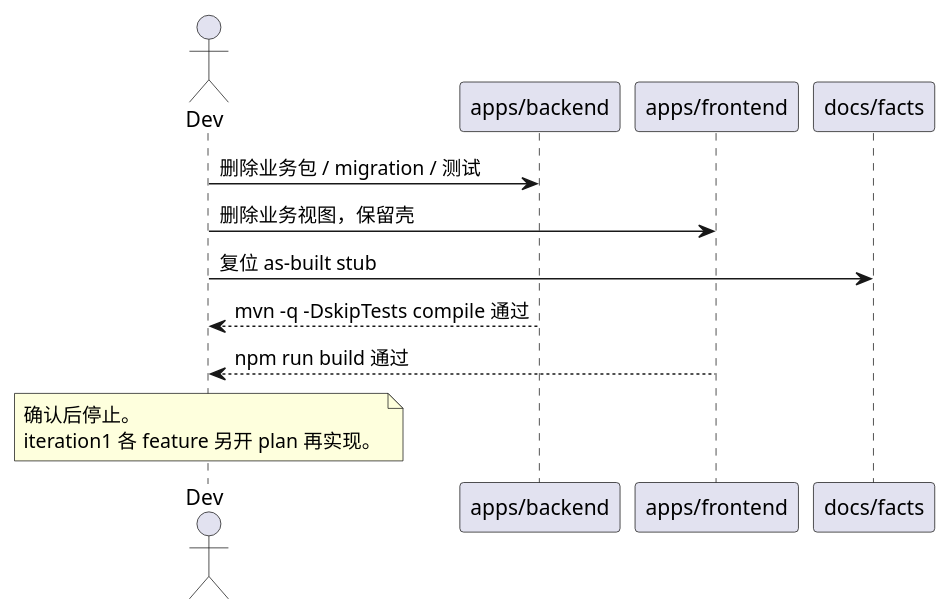
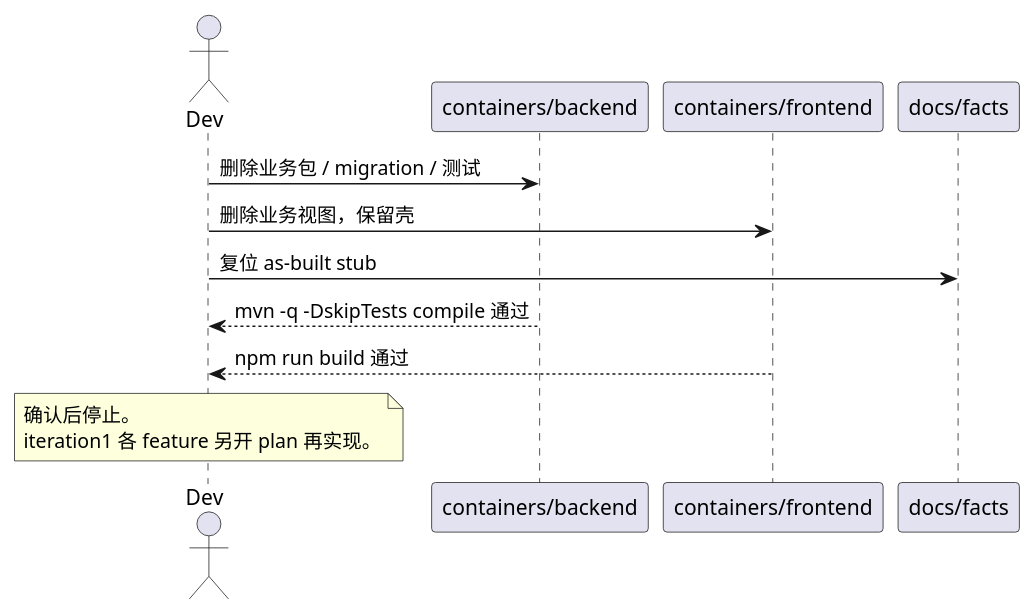
Before and after one commit to InspireChina/ai4se-harness-suite: the second of 2 diagrams in example-project/docs/features/_chores/plan-20261117-purge-demo-impl-for-iteration1.md, drawn with PlantUML. The commit also changed other lines of this file and 73 other files, not shown here.

First line of the commit message:
refactor: 将 apps 重命名为 containers 并同步 harness 默认路径

````diff
--- a/example-project/docs/features/_chores/plan-20261117-purge-demo-impl-for-iteration1.md
+++ b/example-project/docs/features/_chores/plan-20261117-purge-demo-impl-for-iteration1.md
@@ -135,18 +135,18 @@
 ```plantuml
 @startuml
 actor Dev
-participant "apps/backend" as BE
-participant "apps/frontend" as FE
+participant "containers/backend" as BE
+participant "containers/frontend" as FE
 participant "docs/facts" as Facts
 
 Dev -> BE : 删除业务包 / migration / 测试
 Dev -> FE : 删除业务视图，保留壳
 Dev -> Facts : 复位 as-built stub
 BE --> Dev : mvn -q -DskipTests compile 通过
 FE --> Dev : npm run build 通过
 note over Dev
   确认后停止。
   iteration1 各 feature 另开 plan 再实现。
 end note
 @enduml
 ```
````
